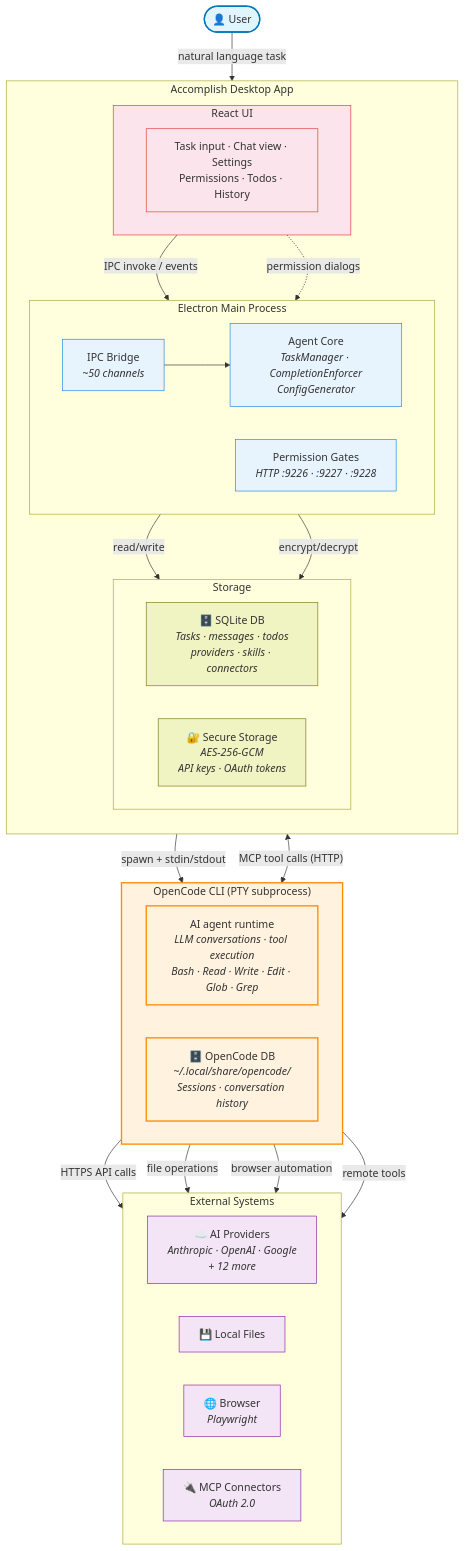
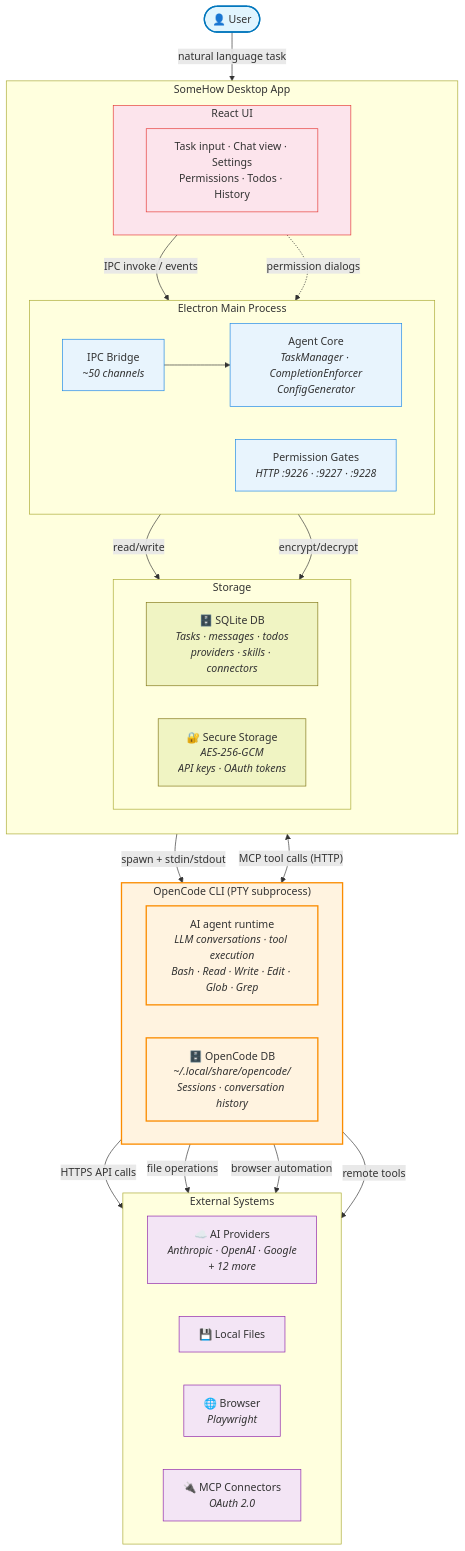
The first of 8 diagrams in docs/functional-viewpoint.md (its-harshit/openplish), drawn with Mermaid before and after one commit. The commit also changed other lines of this file and 148 other files, not shown here.

````diff
--- a/docs/functional-viewpoint.md
+++ b/docs/functional-viewpoint.md
@@ -13,69 +13,69 @@
 ```mermaid
 graph TB
   USER(["👤 User"])
 
-  subgraph ELECTRON["Accomplish Desktop App"]
+  subgraph ELECTRON["SomeHow Desktop App"]
     direction TB
 
     subgraph UI["React UI"]
       UI_DESC["Task input · Chat view · Settings<br/>Permissions · Todos · History"]
     end
 
     subgraph MAIN_PROC["Electron Main Process"]
       direction LR
       IPC["IPC Bridge<br/><i>~50 channels</i>"]
       CORE["Agent Core<br/><i>TaskManager · CompletionEnforcer<br/>ConfigGenerator</i>"]
       GATES["Permission Gates<br/><i>HTTP :9226 · :9227 · :9228</i>"]
     end
 
     subgraph STORAGE["Storage"]
       direction LR
       DB["🗄️ SQLite DB<br/><i>Tasks · messages · todos<br/>providers · skills · connectors</i>"]
       KEYS["🔐 Secure Storage<br/><i>AES-256-GCM<br/>API keys · OAuth tokens</i>"]
     end
   end
 
   subgraph OC["OpenCode CLI  (PTY subprocess)"]
     OC_DESC["AI agent runtime<br/><i>LLM conversations · tool execution<br/>Bash · Read · Write · Edit · Glob · Grep</i>"]
     OC_DB["🗄️ OpenCode DB<br/><i>~/.local/share/opencode/<br/>Sessions · conversation history</i>"]
   end
 
   subgraph EXTERNAL["External Systems"]
     direction LR
     AI["☁️ AI Providers<br/><i>Anthropic · OpenAI · Google<br/>+ 12 more</i>"]
     FS["💾 Local Files"]
     BROWSER["🌐 Browser<br/><i>Playwright</i>"]
     MCP_EXT["🔌 MCP Connectors<br/><i>OAuth 2.0</i>"]
   end
 
   USER -->|"natural language task"| UI
   UI -->|"IPC invoke / events"| IPC
   IPC --> CORE
   CORE -->|"spawn + stdin/stdout"| OC
   GATES <-->|"MCP tool calls (HTTP)"| OC
 
   OC -->|"HTTPS API calls"| AI
   OC -->|"file operations"| FS
   OC -->|"browser automation"| BROWSER
   OC -->|"remote tools"| MCP_EXT
 
   CORE -->|"read/write"| DB
   CORE -->|"encrypt/decrypt"| KEYS
 
   UI -.->|"permission dialogs"| GATES
 
   classDef userClass fill:#e1f5fe,stroke:#0277bd,stroke-width:2px
   classDef electronClass fill:#f5f5f5,stroke:#424242,stroke-width:2px
   classDef uiClass fill:#fce4ec,stroke:#e53935
   classDef mainClass fill:#e8f4fd,stroke:#1e88e5
   classDef ocClass fill:#fff3e0,stroke:#fb8c00,stroke-width:2px
   classDef extClass fill:#f3e5f5,stroke:#8e24aa
   classDef storageClass fill:#f0f4c3,stroke:#827717
 
   class USER userClass
   class UI,UI_DESC uiClass
   class IPC,CORE,GATES mainClass
   class OC,OC_DESC,OC_DB ocClass
   class AI,FS,BROWSER,MCP_EXT extClass
   class DB,KEYS storageClass
 ```
````
